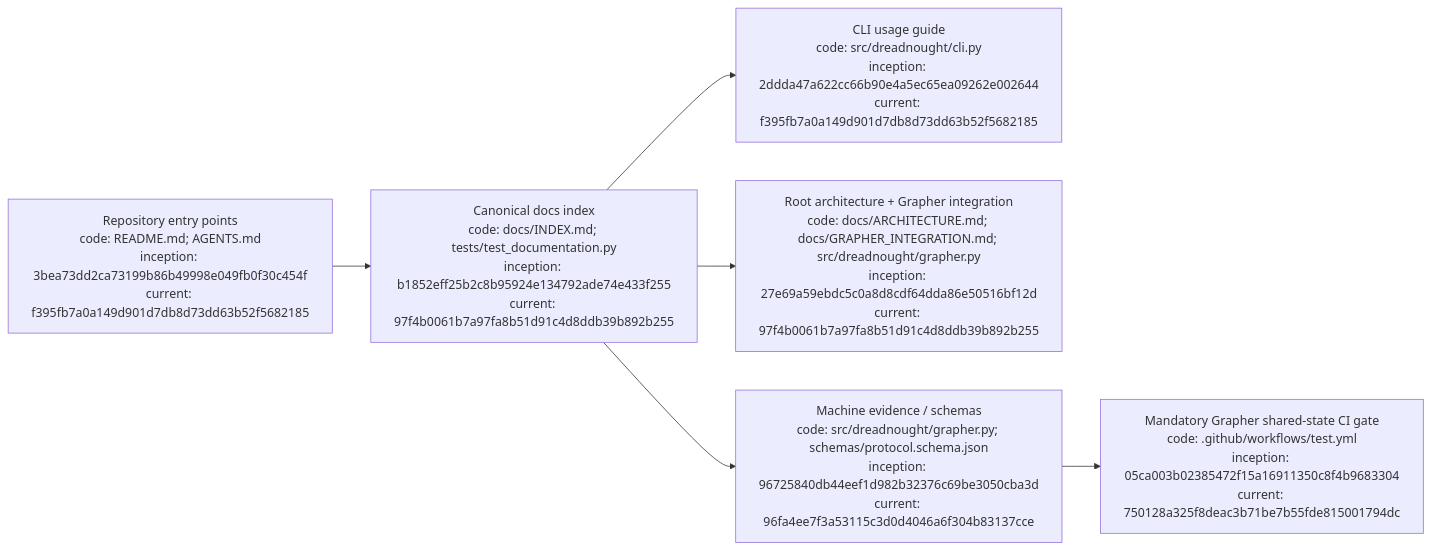
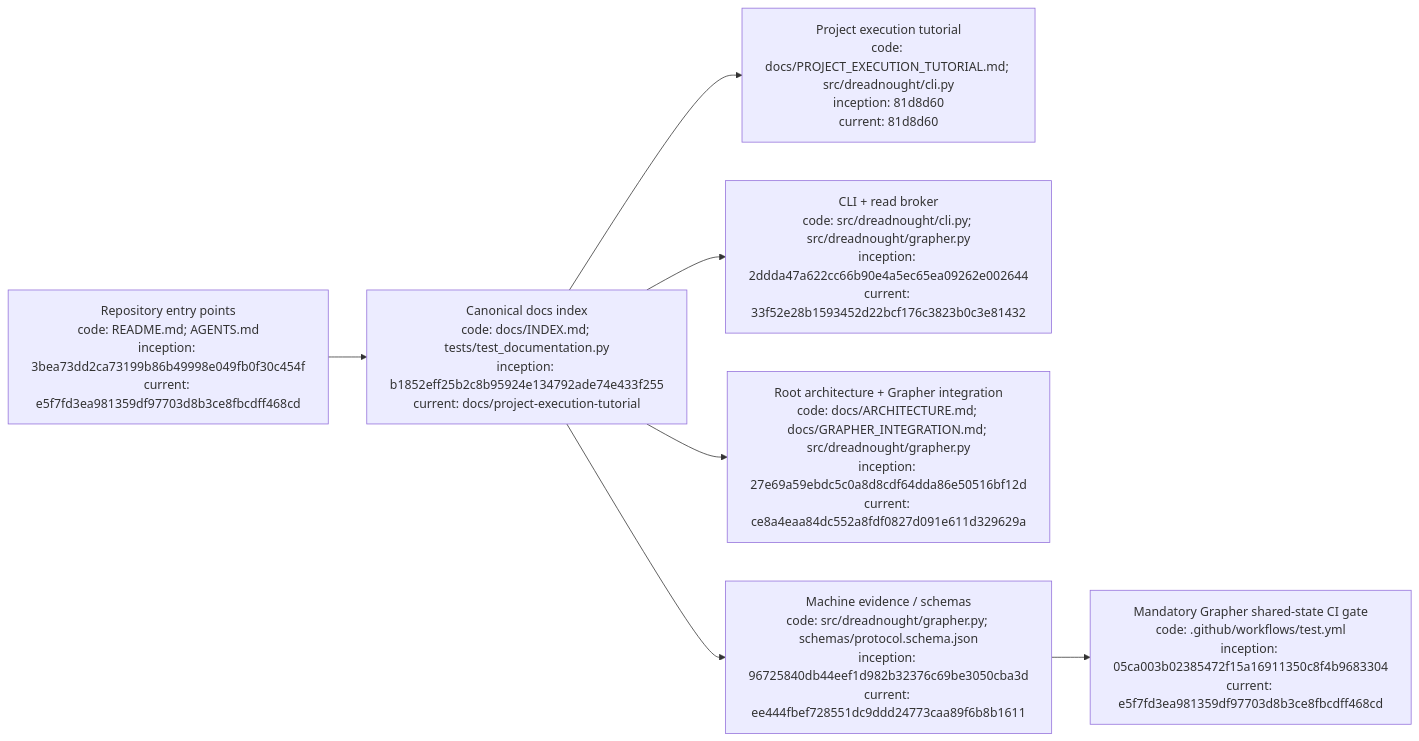
One commit to seanbman/dreadnought changed the diagram in docs/INDEX.md. Above: the diagram before and after it, drawn with Mermaid. The commit also changed other lines of this file, not shown here.

Commit message:
Index project execution tutorial and broker documentation

````diff
--- a/docs/INDEX.md
+++ b/docs/INDEX.md
@@ -62,8 +63,9 @@
 ```mermaid
 flowchart LR
-    R["Repository entry points\ncode: README.md; AGENTS.md\ninception: 3bea73dd2ca73199b86b49998e049fb0f30c454f\ncurrent: f395fb7a0a149d901d7db8d73dd63b52f5682185"] --> I["Canonical docs index\ncode: docs/INDEX.md; tests/test_documentation.py\ninception: b1852eff25b2c8b95924e134792ade74e433f255\ncurrent: 97f4b0061b7a97fa8b51d91c4d8ddb39b892b255"]
-    I --> C["CLI usage guide\ncode: src/dreadnought/cli.py\ninception: 2ddda47a622cc66b90e4a5ec65ea09262e002644\ncurrent: f395fb7a0a149d901d7db8d73dd63b52f5682185"]
-    I --> A["Root architecture + Grapher integration\ncode: docs/ARCHITECTURE.md; docs/GRAPHER_INTEGRATION.md; src/dreadnought/grapher.py\ninception: 27e69a59ebdc5c0a8d8cdf64dda86e50516bf12d\ncurrent: 97f4b0061b7a97fa8b51d91c4d8ddb39b892b255"]
-    I --> P["Machine evidence / schemas\ncode: src/dreadnought/grapher.py; schemas/protocol.schema.json\ninception: 96725840db44eef1d982b32376c69be3050cba3d\ncurrent: 96fa4ee7f3a53115c3d0d4046a6f304b83137cce"]
-    P --> G["Mandatory Grapher shared-state CI gate\ncode: .github/workflows/test.yml\ninception: 05ca003b02385472f15a16911350c8f4b9683304\ncurrent: 750128a325f8deac3b71be7b55fde815001794dc"]
+    R["Repository entry points\ncode: README.md; AGENTS.md\ninception: 3bea73dd2ca73199b86b49998e049fb0f30c454f\ncurrent: e5f7fd3ea981359df97703d8b3ce8fbcdff468cd"] --> I["Canonical docs index\ncode: docs/INDEX.md; tests/test_documentation.py\ninception: b1852eff25b2c8b95924e134792ade74e433f255\ncurrent: docs/project-execution-tutorial"]
+    I --> T["Project execution tutorial\ncode: docs/PROJECT_EXECUTION_TUTORIAL.md; src/dreadnought/cli.py\ninception: 81d8d60\ncurrent: 81d8d60"]
+    I --> C["CLI + read broker\ncode: src/dreadnought/cli.py; src/dreadnought/grapher.py\ninception: 2ddda47a622cc66b90e4a5ec65ea09262e002644\ncurrent: 33f52e28b1593452d22bcf176c3823b0c3e81432"]
+    I --> A["Root architecture + Grapher integration\ncode: docs/ARCHITECTURE.md; docs/GRAPHER_INTEGRATION.md; src/dreadnought/grapher.py\ninception: 27e69a59ebdc5c0a8d8cdf64dda86e50516bf12d\ncurrent: ce8a4eaa84dc552a8fdf0827d091e611d329629a"]
+    I --> P["Machine evidence / schemas\ncode: src/dreadnought/grapher.py; schemas/protocol.schema.json\ninception: 96725840db44eef1d982b32376c69be3050cba3d\ncurrent: ee444fbef728551dc9ddd24773caa89f6b8b1611"]
+    P --> G["Mandatory Grapher shared-state CI gate\ncode: .github/workflows/test.yml\ninception: 05ca003b02385472f15a16911350c8f4b9683304\ncurrent: e5f7fd3ea981359df97703d8b3ce8fbcdff468cd"]
 ```
````
